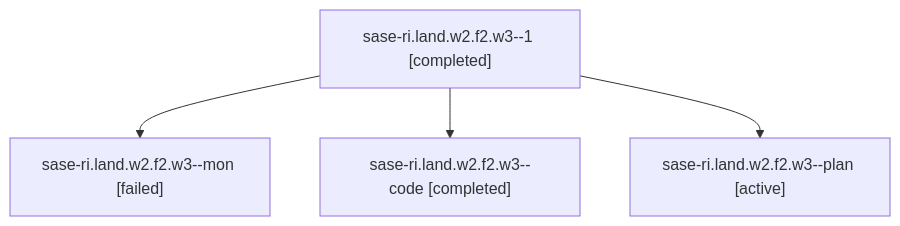
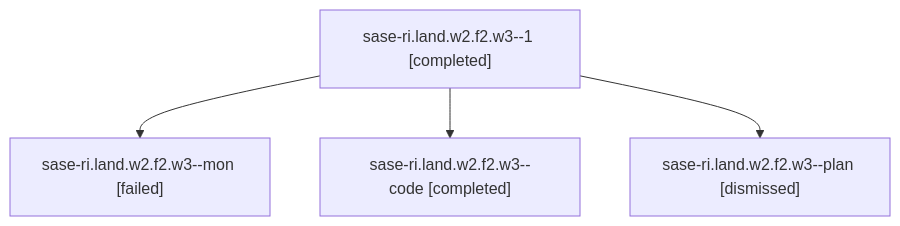
Before and after one commit to sase-org/sase--agents: the diagram in sessions/bbugyi200.athena.sase-ri.land.w2.f2.w3.md, drawn with Mermaid. The commit also changed other lines of this file and 159 other files, not shown here.

````diff
--- a/sessions/bbugyi200.athena.sase-ri.land.w2.f2.w3.md
+++ b/sessions/bbugyi200.athena.sase-ri.land.w2.f2.w3.md
@@ -9,10 +9,10 @@
 ```mermaid
 flowchart TD
   n0["sase-ri.land.w2.f2.w3--1 [completed]"]
   n1["sase-ri.land.w2.f2.w3--mon [failed]"]
   n0 --> n1
   n2["sase-ri.land.w2.f2.w3--code [completed]"]
   n0 --> n2
-  n3["sase-ri.land.w2.f2.w3--plan [active]"]
+  n3["sase-ri.land.w2.f2.w3--plan [dismissed]"]
   n0 --> n3
 ```
````
